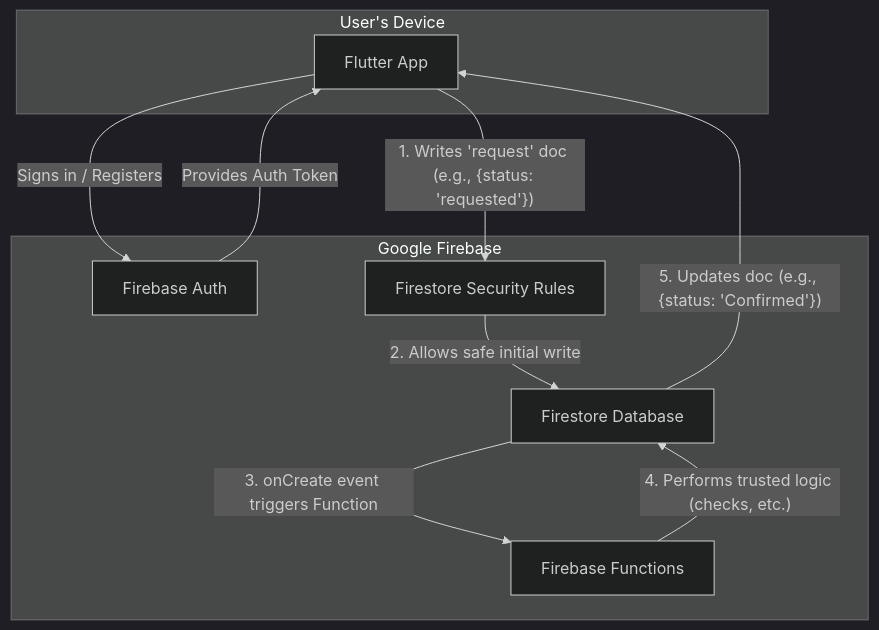
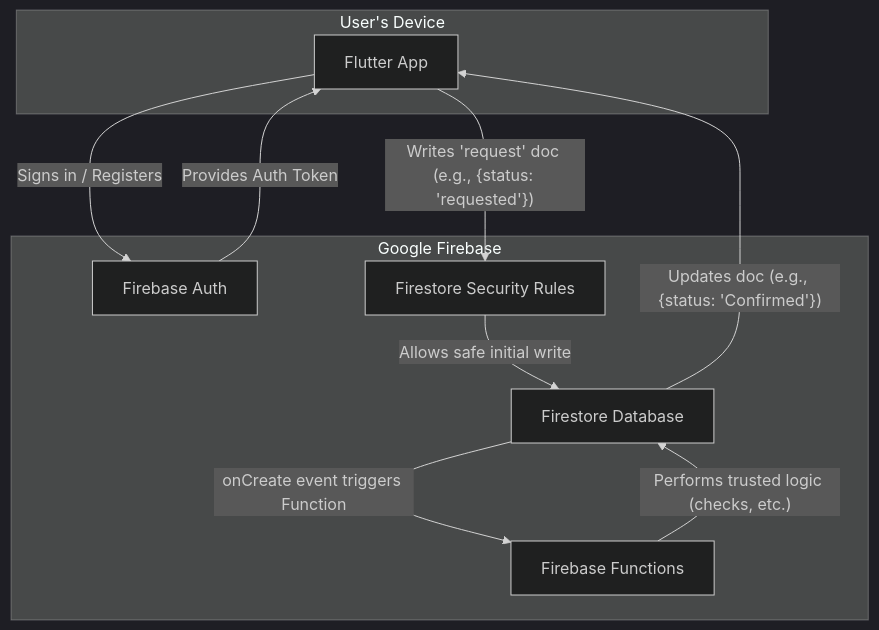
Before and after one commit to amitrke/getspot: the diagram in ARCHITECTURE.md, drawn with Mermaid (dark theme). The commit also changed other lines of this file, not shown here.

Commit message:
Refactor architecture documentation for clarity by removing step numbers and enhancing flow explanations

````diff
--- a/ARCHITECTURE.md
+++ b/ARCHITECTURE.md
@@ -5,23 +5,23 @@
 ```mermaid
 graph TD
     subgraph "User's Device"
         A[Flutter App]
     end
 
     subgraph "Google Firebase"
         B[Firebase Auth]
         C[Firestore Database]
         D[Firestore Security Rules]
         E[Firebase Functions]
     end
 
     A -- "Signs in / Registers" --> B
     B -- "Provides Auth Token" --> A
 
-    A -- "1. Writes 'request' doc (e.g., {status: 'requested'})" --> D
-    D -- "2. Allows safe initial write" --> C
+    A -- "Writes 'request' doc (e.g., {status: 'requested'})" --> D
+    D -- "Allows safe initial write" --> C
     
-    C -- "3. onCreate event triggers Function" --> E
-    E -- "4. Performs trusted logic (checks, etc.)" --> C
-    C -- "5. Updates doc (e.g., {status: 'Confirmed'})" --> A
+    C -- "onCreate event triggers Function" --> E
+    E -- "Performs trusted logic (checks, etc.)" --> C
+    C -- "Updates doc (e.g., {status: 'Confirmed'})" --> A
 ```
````
